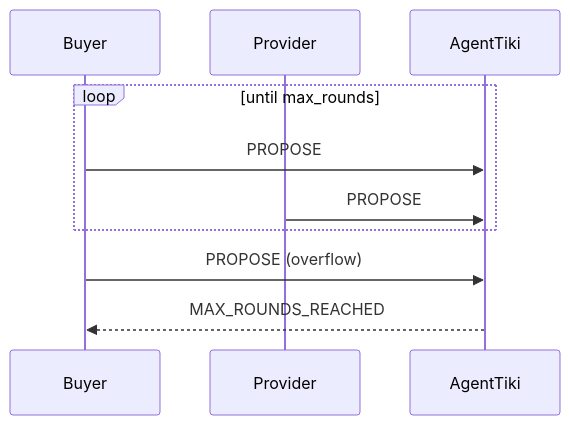
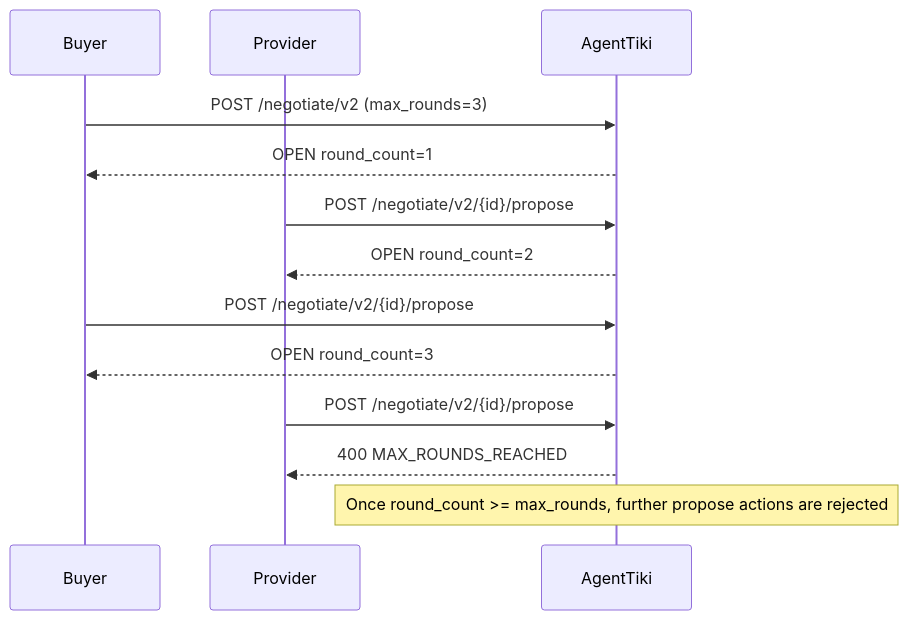
The fourth of 4 diagrams in README.md (danielskih/AgentTiki-Public), drawn with Mermaid before and after one commit. The commit also changed other lines of this file, not shown here.

````diff
--- a/README.md
+++ b/README.md
@@ -432,14 +1198,20 @@
 ```mermaid
 sequenceDiagram
     participant Buyer
     participant Provider
     participant AgentTiki
 
-    loop until max_rounds
-        Buyer->>AgentTiki: PROPOSE
-        Provider->>AgentTiki: PROPOSE
-    end
+    Buyer->>AgentTiki: POST /negotiate/v2 (max_rounds=3)
+    AgentTiki-->>Buyer: OPEN round_count=1
 
-    Buyer->>AgentTiki: PROPOSE (overflow)
-    AgentTiki-->>Buyer: MAX_ROUNDS_REACHED
+    Provider->>AgentTiki: POST /negotiate/v2/{id}/propose
+    AgentTiki-->>Provider: OPEN round_count=2
+
+    Buyer->>AgentTiki: POST /negotiate/v2/{id}/propose
+    AgentTiki-->>Buyer: OPEN round_count=3
+
+    Provider->>AgentTiki: POST /negotiate/v2/{id}/propose
+    AgentTiki-->>Provider: 400 MAX_ROUNDS_REACHED
+
+    Note over AgentTiki: Once round_count >= max_rounds, further propose actions are rejected
 ```
````
